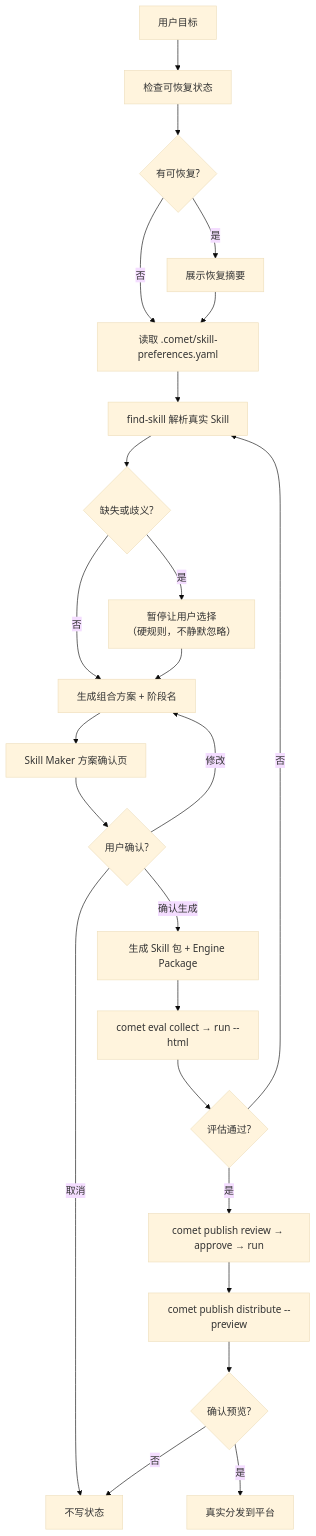
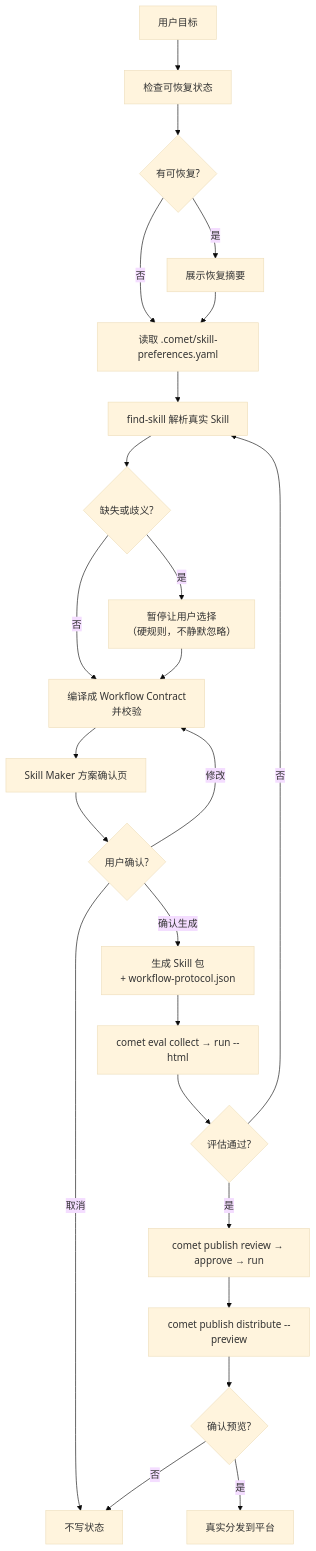
One commit to rpamis/comet-website-docs changed the diagram in zh/skill-factory/overview.mdx. Above: the diagram before and after it, drawn with Mermaid (base theme). The commit also changed other lines of this file and 11 other files, not shown here.

````diff
--- a/zh/skill-factory/overview.mdx
+++ b/zh/skill-factory/overview.mdx
@@ -100,26 +201,26 @@
 ```mermaid
 flowchart TD
     A["用户目标"] --> B["检查可恢复状态"]
     B --> C{"有可恢复?"}
     C -->|是| D["展示恢复摘要"]
     C -->|否| E["读取 .comet/skill-preferences.yaml"]
     D --> E
     E --> F["find-skill 解析真实 Skill"]
     F --> G{"缺失或歧义?"}
     G -->|是| H["暂停让用户选择<br/>（硬规则，不静默忽略）"]
-    G -->|否| I["生成组合方案 + 阶段名"]
+    G -->|否| I["编译成 Workflow Contract<br/>并校验"]
     H --> I
     I --> J["Skill Maker 方案确认页"]
     J --> K{"用户确认?"}
     K -->|修改| I
     K -->|取消| End["不写状态"]
-    K -->|确认生成| L["生成 Skill 包 + Engine Package"]
+    K -->|确认生成| L["生成 Skill 包<br/>+ workflow-protocol.json"]
     L --> M["comet eval collect → run --html"]
     M --> N{"评估通过?"}
     N -->|否| F
     N -->|是| O["comet publish review → approve → run"]
     O --> P["comet publish distribute --preview"]
     P --> Q{"确认预览?"}
     Q -->|是| R["真实分发到平台"]
     Q -->|否| End
 ```
````
